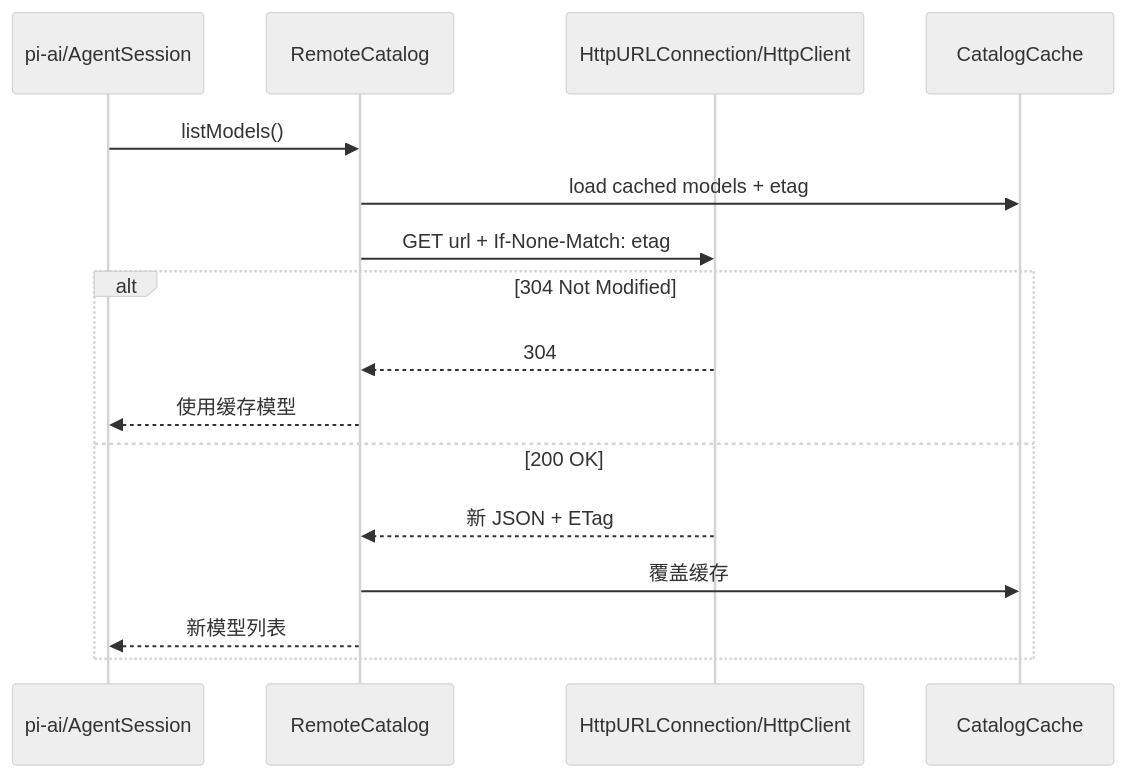
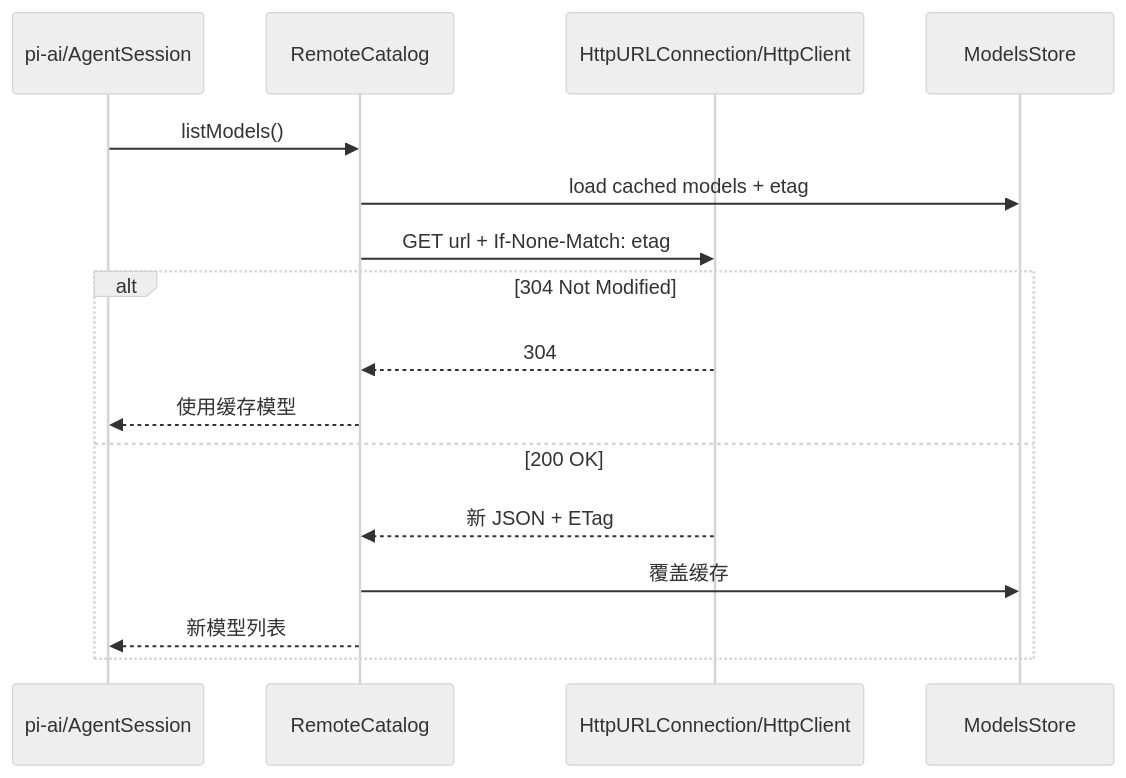
One commit to liangxingguang/pi-java changed diagram 11 of 11 in docs/11-phase6-ecosystem-design.md. Above: the diagram before and after it, drawn with Mermaid (neutral theme). The commit also changed other lines of this file and 1 other file, not shown here.

````diff
--- a/docs/11-phase6-ecosystem-design.md
+++ b/docs/11-phase6-ecosystem-design.md
@@ -899,19 +1815,19 @@
 ```mermaid
 sequenceDiagram
     participant App as pi-ai/AgentSession
     participant RC as RemoteCatalog
     participant HTTP as HttpURLConnection/HttpClient
-    participant Cache as CatalogCache
+    participant Cache as ModelsStore
 
     App->>RC: listModels()
     RC->>Cache: load cached models + etag
     RC->>HTTP: GET url + If-None-Match: etag
     alt 304 Not Modified
         HTTP-->>RC: 304
         RC-->>App: 使用缓存模型
     else 200 OK
         HTTP-->>RC: 新 JSON + ETag
         RC->>Cache: 覆盖缓存
         RC-->>App: 新模型列表
     end
 ```
````
